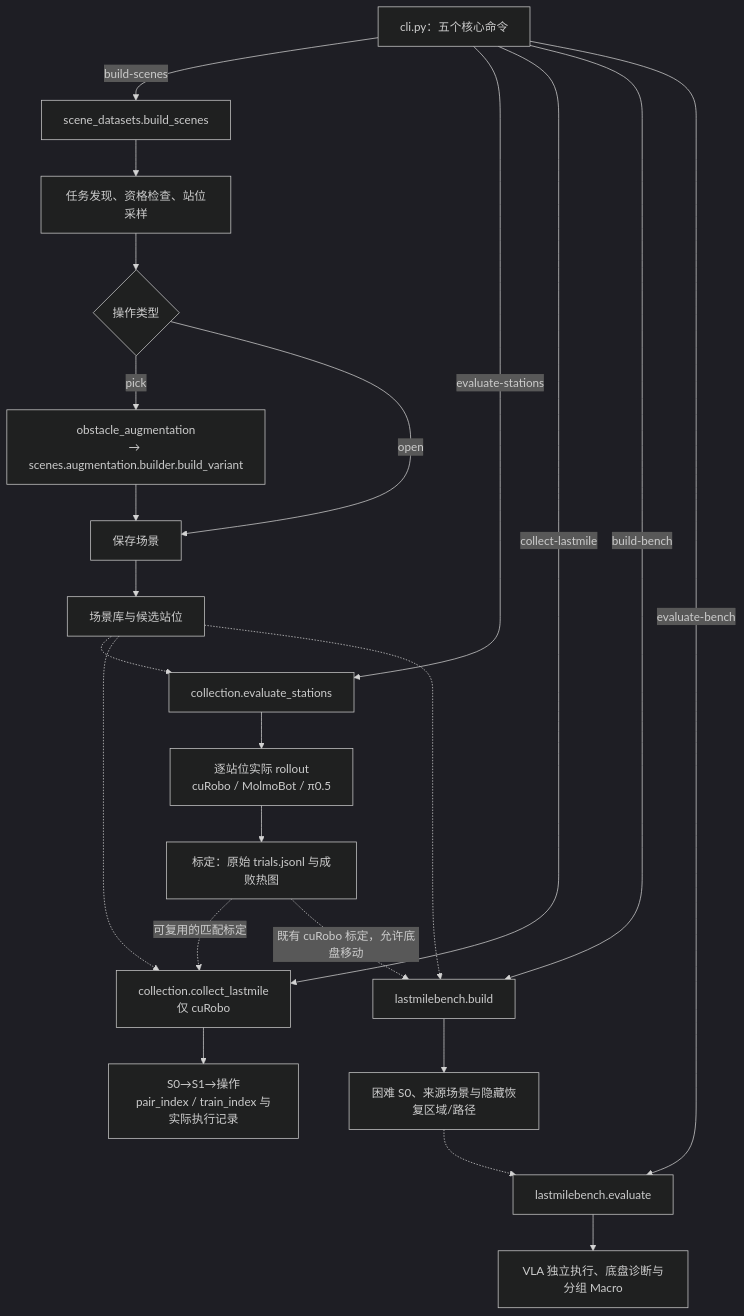
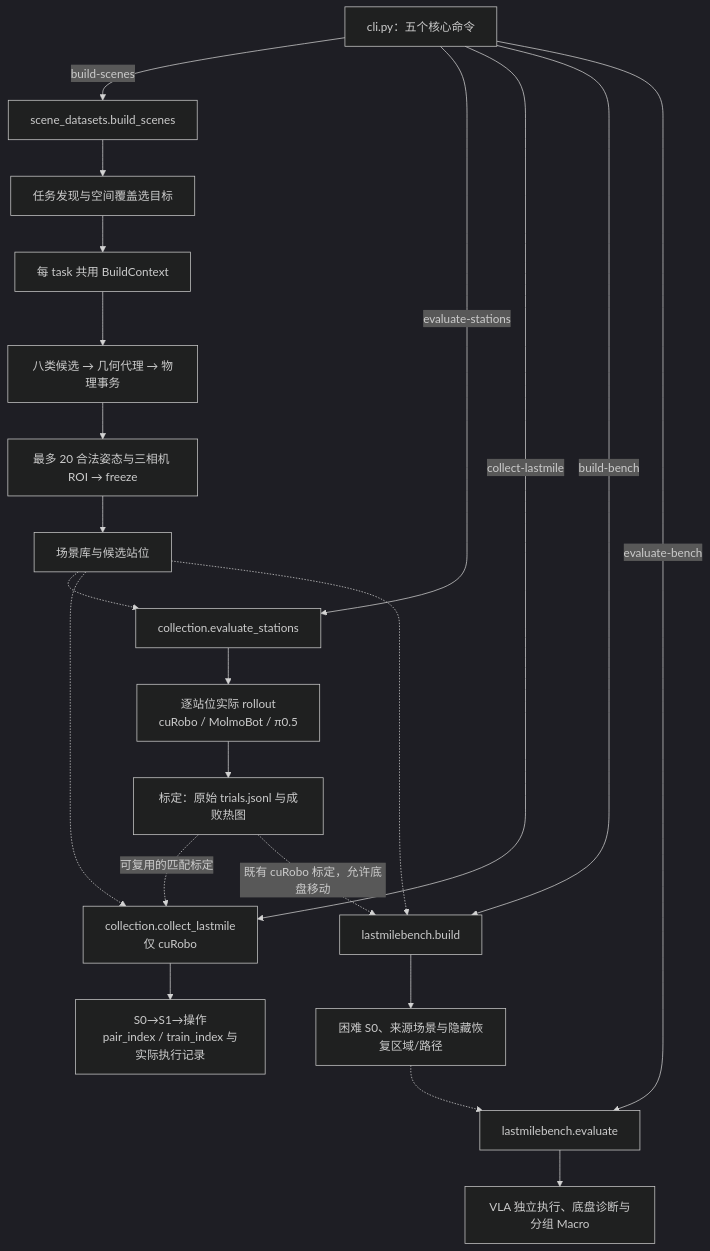
Before and after one commit to yifanwin/LastMileDataFlow: the first of 2 diagrams in docs/architecture.md, drawn with Mermaid (dark theme). The commit also changed other lines of this file and 149 other files, not shown here.

Commit message:
feat: implement task modes;fix: adjust navigation obstacle inflation and relax spacing constraints

````diff
--- a/docs/architecture.md
+++ b/docs/architecture.md
@@ -97,29 +96,28 @@
 ```mermaid
 flowchart TD
     CLI["cli.py：五个核心命令"]
     CLI -->|build-scenes| BUILD["scene_datasets.build_scenes"]
-    BUILD --> DISC["任务发现、资格检查、站位采样"]
-    DISC --> KIND{"操作类型"}
-    KIND -->|pick| AUG["obstacle_augmentation<br/>→ scenes.augmentation.builder.build_variant"]
-    KIND -->|open| SAVE["保存场景"]
-    AUG --> SAVE
+    BUILD --> DISC["任务发现与空间覆盖选目标"]
+    DISC --> CTX["每 task 共用 BuildContext"]
+    CTX --> MODES["八类候选 → 几何代理 → 物理事务"]
+    MODES --> SAVE["最多 20 合法姿态与三相机 ROI → freeze"]
     SAVE --> DATASET["场景库与候选站位"]
 
     CLI -->|evaluate-stations| EVAL["collection.evaluate_stations"]
     DATASET -.-> EVAL
     EVAL --> TRIALS["逐站位实际 rollout<br/>cuRobo / MolmoBot / π0.5"]
     TRIALS --> CAL["标定：原始 trials.jsonl 与成败热图"]
 
     CLI -->|collect-lastmile| COLLECT["collection.collect_lastmile<br/>仅 cuRobo"]
     DATASET -.-> COLLECT
     CAL -.->|可复用的匹配标定| COLLECT
     COLLECT --> EPISODES["S0→S1→操作<br/>pair_index / train_index 与实际执行记录"]
 
     CLI -->|build-bench| BENCH["lastmilebench.build"]
     DATASET -.-> BENCH
     CAL -.->|既有 cuRobo 标定，允许底盘移动| BENCH
     BENCH --> NATIVE["困难 S0、来源场景与隐藏恢复区域/路径"]
     CLI -->|evaluate-bench| POLICY["lastmilebench.evaluate"]
     NATIVE -.-> POLICY
     POLICY --> RESULT["VLA 独立执行、底盘诊断与分组 Macro"]
 ```
````
